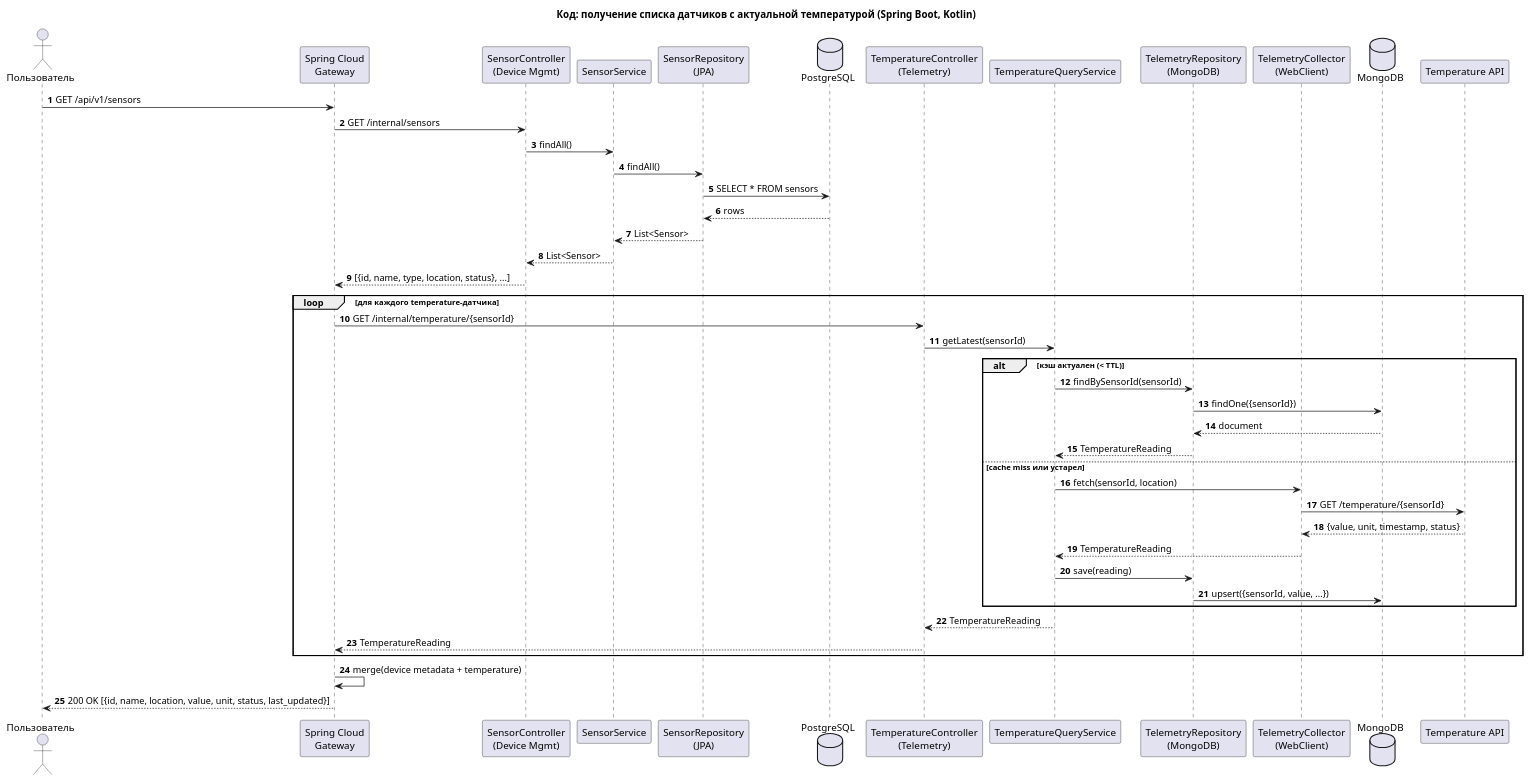
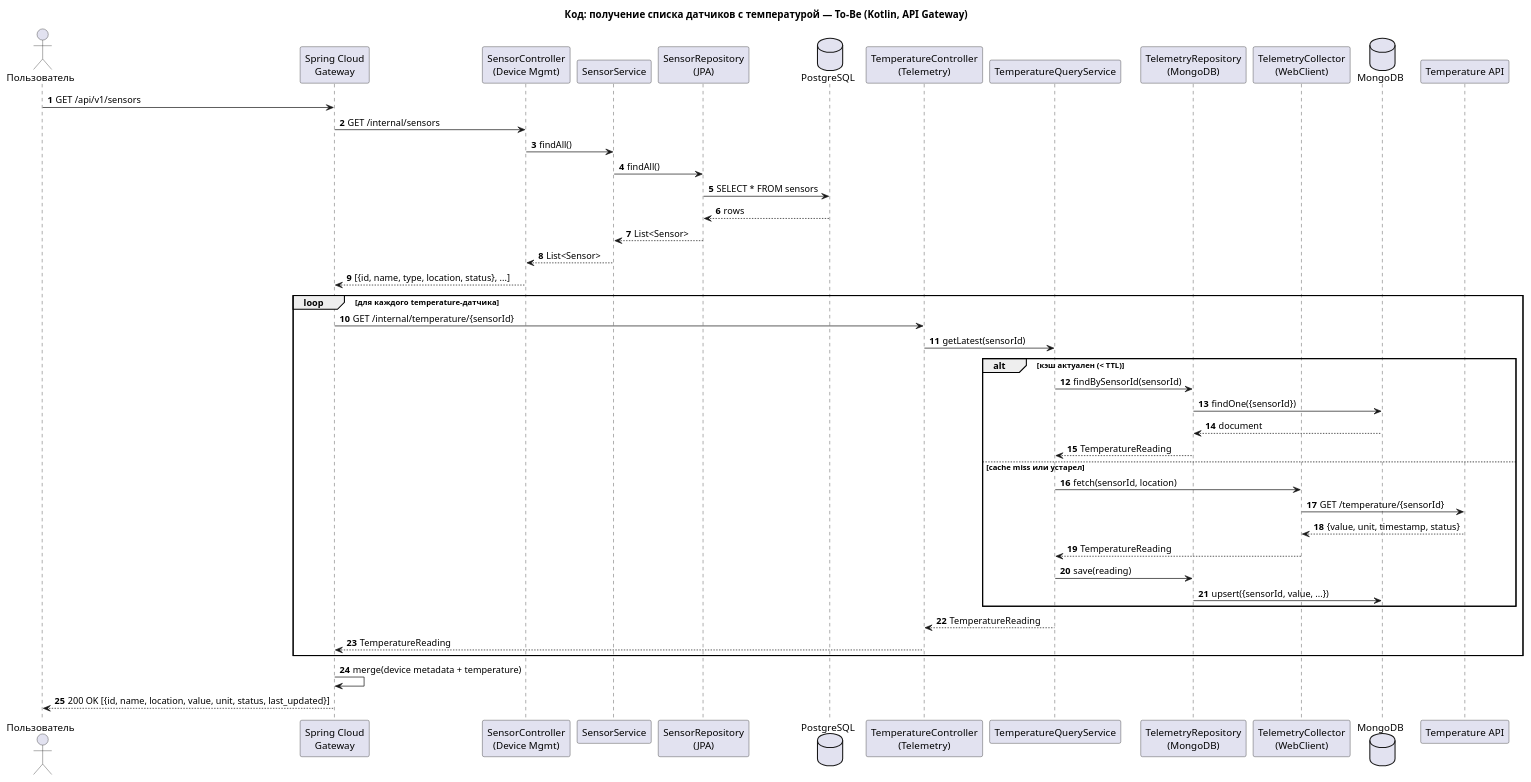
Before and after one commit to sergeybe1an/architecture-pro-warmhouse: the diagram in schemas/Code-GetSensorsWithTemperature.puml, drawn with PlantUML. The commit also changed 32 other files, not shown here.

```diff
--- a/schemas/Code-GetSensorsWithTemperature.puml
+++ b/schemas/Code-GetSensorsWithTemperature.puml
@@ -1,54 +1,54 @@
 @startuml
-title Код: получение списка датчиков с актуальной температурой (Spring Boot, Kotlin)
+title Код: получение списка датчиков с температурой — To-Be (Kotlin, API Gateway)
 
 autonumber
 
 actor "Пользователь" as user
 participant "Spring Cloud\nGateway" as gw
 participant "SensorController\n(Device Mgmt)" as device_api
 participant "SensorService" as device_svc
 participant "SensorRepository\n(JPA)" as device_repo
 database "PostgreSQL" as pg
 participant "TemperatureController\n(Telemetry)" as telemetry_api
 participant "TemperatureQueryService" as query_svc
 participant "TelemetryRepository\n(MongoDB)" as telemetry_repo
 participant "TelemetryCollector\n(WebClient)" as collector
 database "MongoDB" as mongo
 participant "Temperature API" as ext_api
 
 user -> gw : GET /api/v1/sensors
 gw -> device_api : GET /internal/sensors
 device_api -> device_svc : findAll()
 device_svc -> device_repo : findAll()
 device_repo -> pg : SELECT * FROM sensors
 pg --> device_repo : rows
 device_repo --> device_svc : List<Sensor>
 device_svc --> device_api : List<Sensor>
 device_api --> gw : [{id, name, type, location, status}, ...]
 
 loop для каждого temperature-датчика
     gw -> telemetry_api : GET /internal/temperature/{sensorId}
     telemetry_api -> query_svc : getLatest(sensorId)
 
     alt кэш актуален (< TTL)
         query_svc -> telemetry_repo : findBySensorId(sensorId)
         telemetry_repo -> mongo : findOne({sensorId})
         mongo --> telemetry_repo : document
         telemetry_repo --> query_svc : TemperatureReading
     else cache miss или устарел
         query_svc -> collector : fetch(sensorId, location)
         collector -> ext_api : GET /temperature/{sensorId}
         ext_api --> collector : {value, unit, timestamp, status}
         collector --> query_svc : TemperatureReading
         query_svc -> telemetry_repo : save(reading)
         telemetry_repo -> mongo : upsert({sensorId, value, ...})
     end
 
     query_svc --> telemetry_api : TemperatureReading
     telemetry_api --> gw : TemperatureReading
 end
 
 gw -> gw : merge(device metadata + temperature)
 gw --> user : 200 OK [{id, name, location, value, unit, status, last_updated}]
 
 @enduml
```
